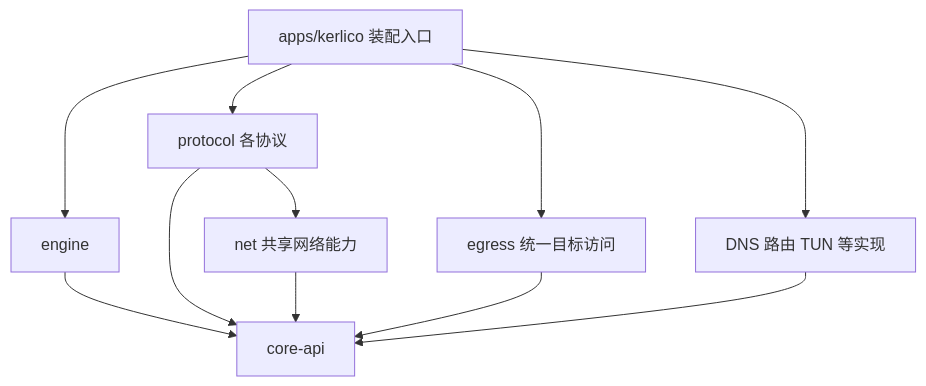
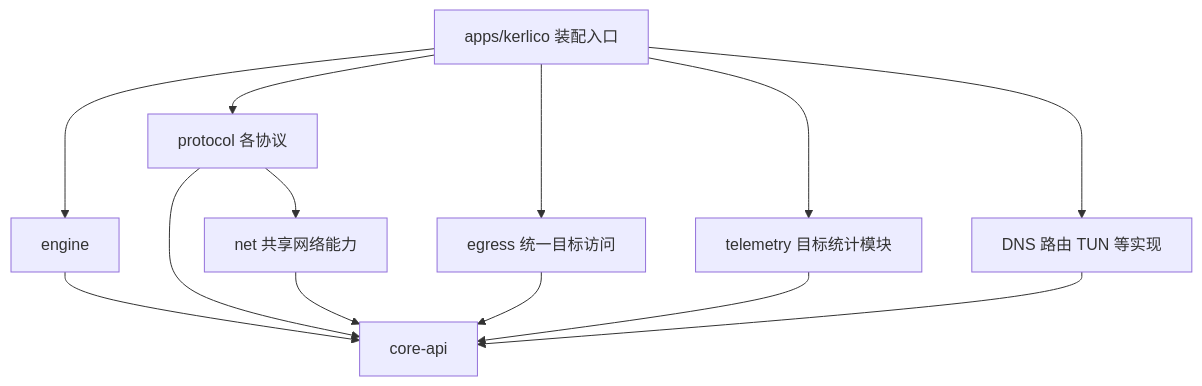
The diagram in docs/architecture.md (yuuuki-creation/kerlico), drawn with Mermaid before and after one commit. The commit also changed other lines of this file and 588 other files, not shown here.

````diff
--- a/docs/architecture.md
+++ b/docs/architecture.md
@@ -113,13 +117,15 @@
 ```mermaid
 flowchart TD
     A[apps/kerlico 装配入口] --> E[engine]
     A --> P[protocol 各协议]
     A --> G[egress 统一目标访问]
+    A --> T[telemetry 目标统计模块]
     A --> F[DNS 路由 TUN 等实现]
     E --> I[core-api]
     G --> I
+    T --> I
     P --> I
     F --> I
     P --> N[net 共享网络能力]
     N --> I
 ```
````
